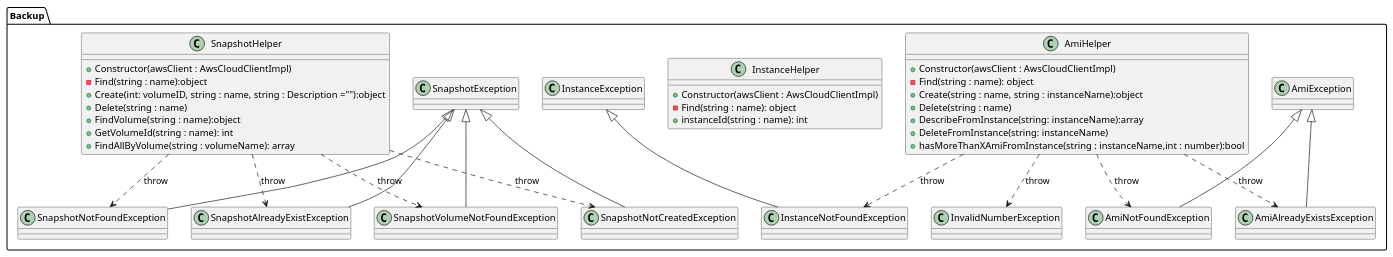
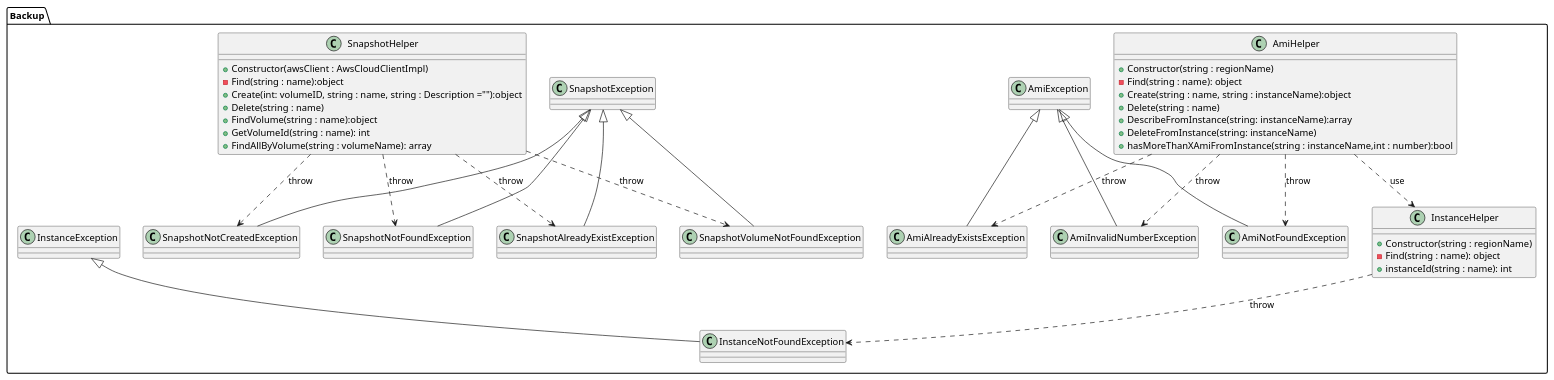
The diagram in documentation/ClassDiagram.puml (NicolasGlassey/VIR1_BACKUP), drawn with PlantUML before and after one commit.

Commit message:
Update ClassDiagram
New Amihelper and InstanceHelper

```diff
--- a/documentation/ClassDiagram.puml
+++ b/documentation/ClassDiagram.puml
@@ -1,70 +1,71 @@
 @startuml
 'https://plantuml.com/class-diagram
 
 package "Backup"{
     'classes and interfaces
     class AmiHelper{
-        +Constructor(awsClient : AwsCloudClientImpl)
+        +Constructor(string : regionName)
         -Find(string : name): object
         +Create(string : name, string : instanceName):object
         +Delete(string : name)
         +DescribeFromInstance(string: instanceName):array
         +DeleteFromInstance(string: instanceName)
         +hasMoreThanXAmiFromInstance(string : instanceName,int : number):bool
     }
 
     class SnapshotHelper{
         +Constructor(awsClient : AwsCloudClientImpl)
         -Find(string : name):object
         +Create(int: volumeID, string : name, string : Description =""):object
         +Delete(string : name)
         +FindVolume(string : name):object
         +GetVolumeId(string : name): int
         +FindAllByVolume(string : volumeName): array
     }
 
     class InstanceHelper{
-        +Constructor(awsClient : AwsCloudClientImpl)
+        +Constructor(string : regionName)
         -Find(string : name): object
         +instanceId(string : name): int
 
     }
 
     class AmiException{}
     class AmiAlreadyExistsException{}
     class AmiNotFoundException{}
+    class AmiInvalidNumberException{}
 
     class SnapshotException{}
     class SnapshotNotFoundException{}
     class SnapshotAlreadyExistException{}
     class SnapshotNotCreatedException{}
     class SnapshotVolumeNotFoundException{}
 
     class InstanceException
     class InstanceNotFoundException
 
-    class InvalidNumberException
-
     'relations
 
     AmiException <|-- AmiAlreadyExistsException
     AmiException <|-- AmiNotFoundException
-    InstanceException <|-- InstanceNotFoundException
+    AmiException <|-- AmiInvalidNumberException
 
     AmiHelper ..> AmiAlreadyExistsException :throw
     AmiHelper ..> AmiNotFoundException :throw
-    AmiHelper ..> InstanceNotFoundException :throw
-    AmiHelper ..> InvalidNumberException :throw
+    AmiHelper ..> AmiInvalidNumberException :throw
 
+    AmiHelper ..> InstanceHelper :use
+    InstanceException <|-- InstanceNotFoundException
+    InstanceHelper ..> InstanceNotFoundException :throw
 
     SnapshotException <|-- SnapshotNotFoundException
     SnapshotException <|-- SnapshotAlreadyExistException
     SnapshotException <|-- SnapshotNotCreatedException
     SnapshotException <|-- SnapshotVolumeNotFoundException
 
     SnapshotHelper ..> SnapshotNotCreatedException :throw
     SnapshotHelper ..> SnapshotVolumeNotFoundException :throw
     SnapshotHelper ..> SnapshotAlreadyExistException :throw
     SnapshotHelper ..> SnapshotNotFoundException :throw
 
 @enduml
```
